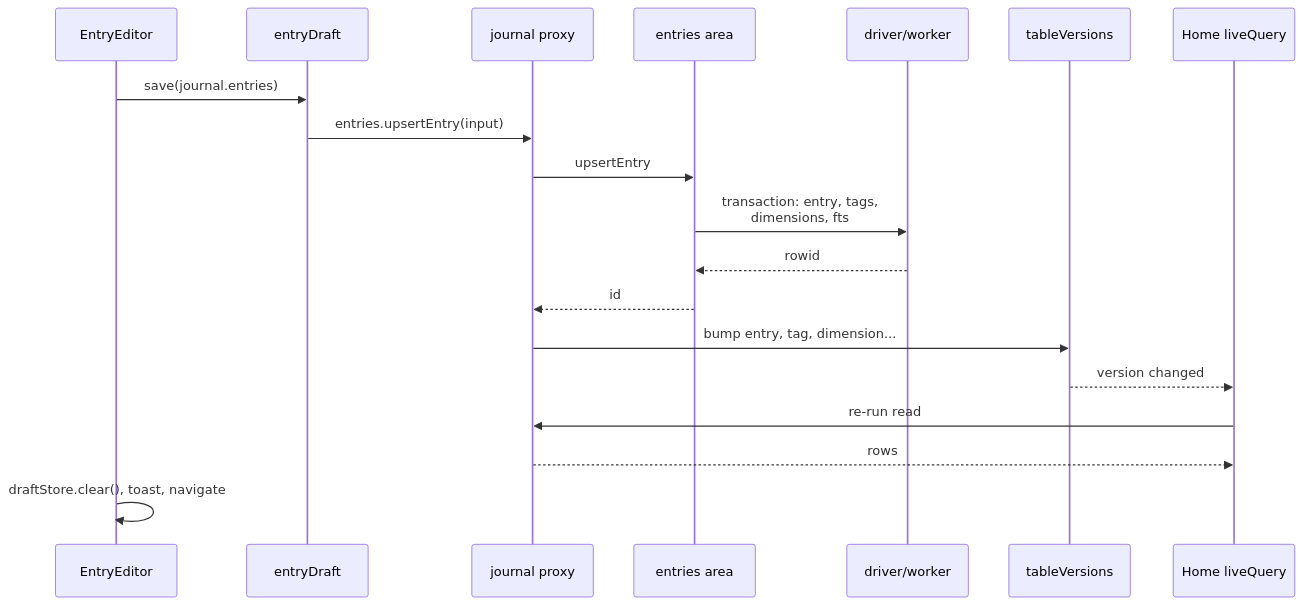
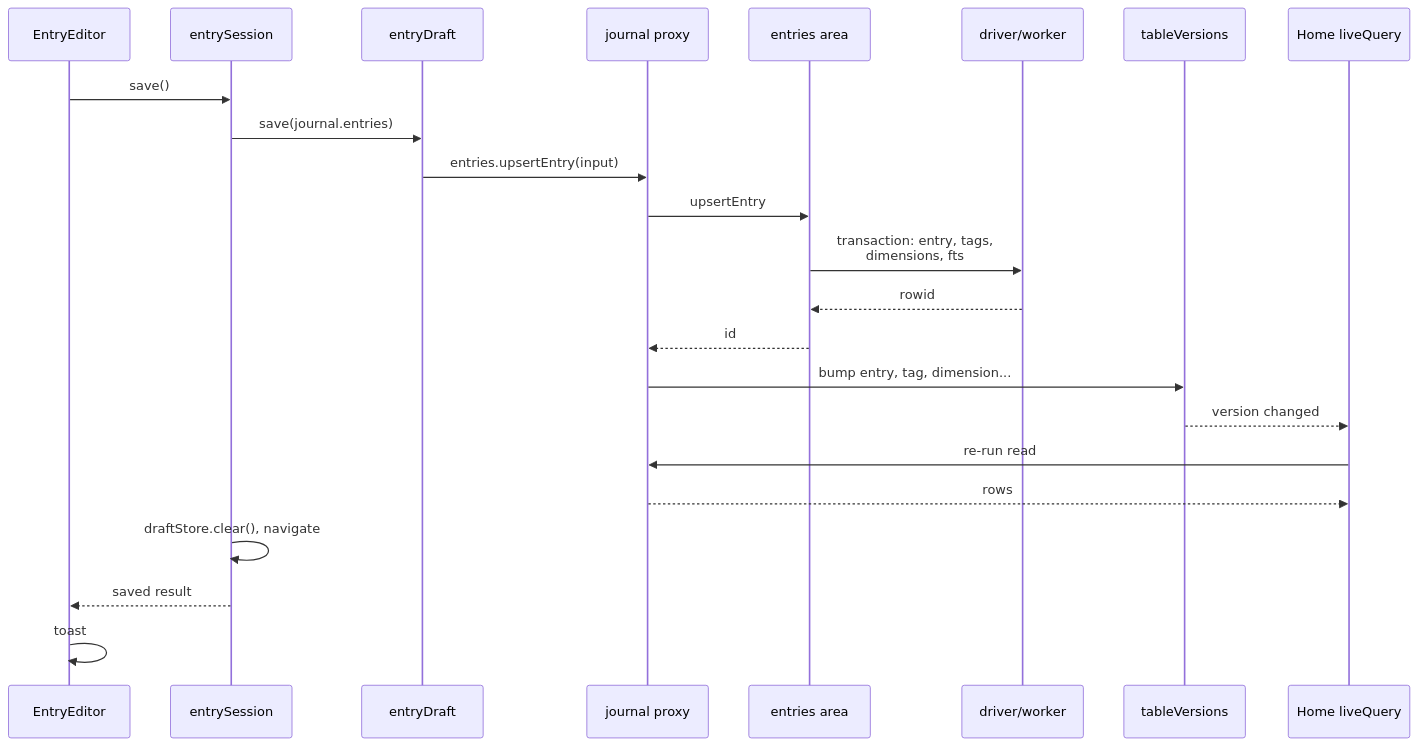
One commit to engender-app/engender changed the tenth of 24 diagrams in docs/architecture.md. Above: the diagram before and after it, drawn with Mermaid. The commit also changed other lines of this file and 9 other files, not shown here.

First line of the commit message:
Extract entry save lifecycle and keep failed reads retryable

````diff
--- a/docs/architecture.md
+++ b/docs/architecture.md
@@ -423,21 +423,25 @@
 ```mermaid
 sequenceDiagram
   participant Ed as EntryEditor
+  participant S as entrySession
   participant D as entryDraft
   participant J as journal proxy
   participant E as entries area
   participant Dr as driver/worker
   participant V as tableVersions
   participant H as Home liveQuery
-  Ed->>D: save(journal.entries)
+  Ed->>S: save()
+  S->>D: save(journal.entries)
   D->>J: entries.upsertEntry(input)
   J->>E: upsertEntry
   E->>Dr: transaction: entry, tags,<br/>dimensions, fts
   Dr-->>E: rowid
   E-->>J: id
   J->>V: bump entry, tag, dimension...
   V-->>H: version changed
   H->>J: re-run read
   J-->>H: rows
-  Ed->>Ed: draftStore.clear(), toast, navigate
+  S->>S: draftStore.clear(), navigate
+  S-->>Ed: saved result
+  Ed->>Ed: toast
 ```
````
